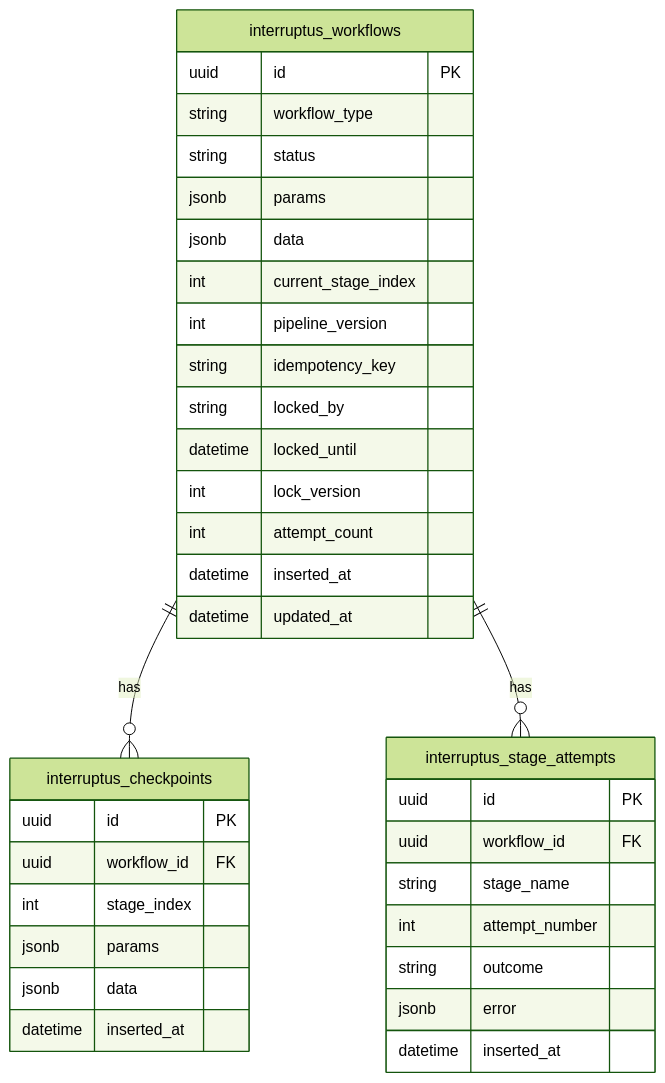
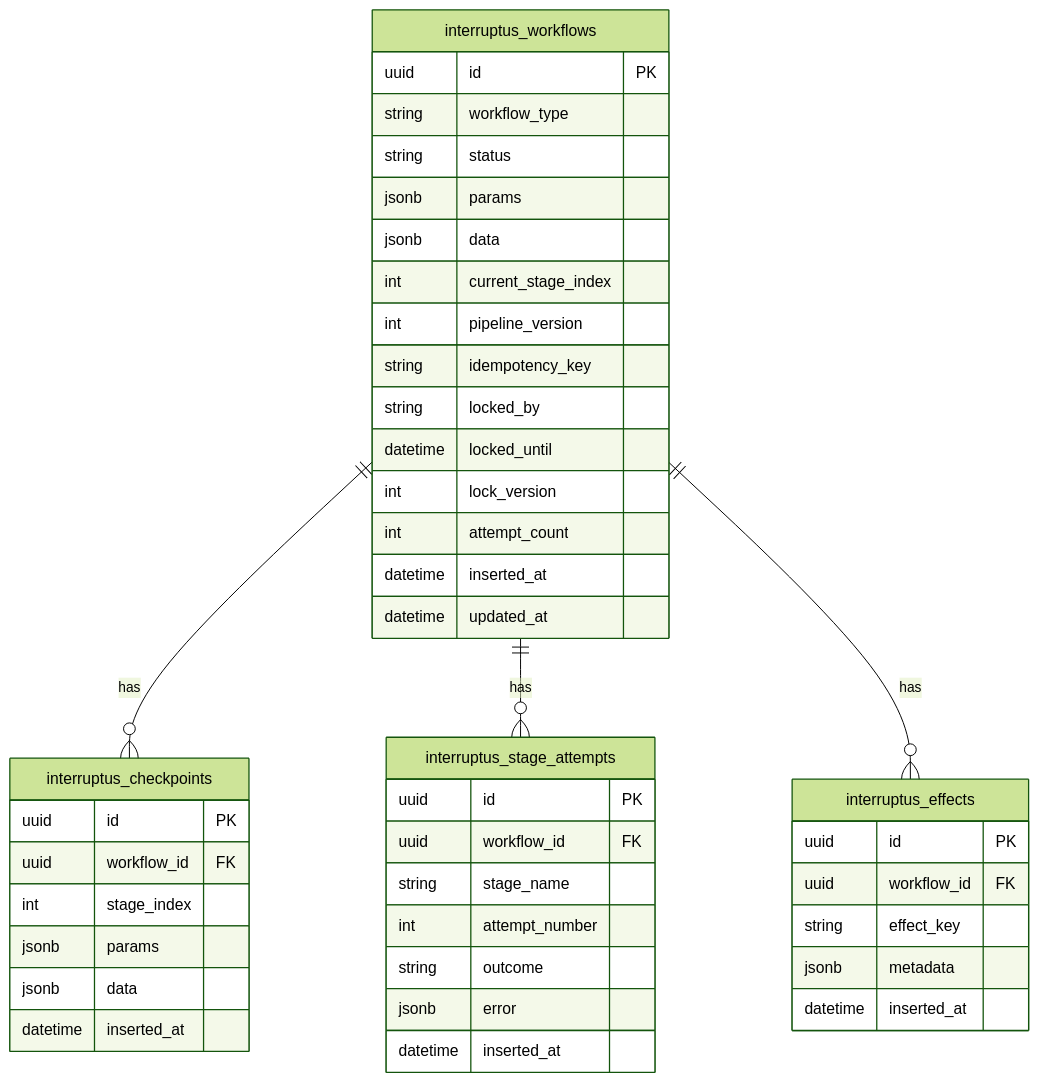
One commit to jcomellas/interruptus changed the second of 2 diagrams in DESIGN.md. Above: the diagram before and after it, drawn with Mermaid (forest theme). The commit also changed other lines of this file and 18 other files, not shown here.

````diff
--- a/DESIGN.md
+++ b/DESIGN.md
@@ -118,41 +118,50 @@
 ```mermaid
 erDiagram
   interruptus_workflows ||--o{ interruptus_checkpoints : has
   interruptus_workflows ||--o{ interruptus_stage_attempts : has
+  interruptus_workflows ||--o{ interruptus_effects : has
 
   interruptus_workflows {
     uuid id PK
     string workflow_type
     string status
     jsonb params
     jsonb data
     int current_stage_index
     int pipeline_version
     string idempotency_key
     string locked_by
     datetime locked_until
     int lock_version
     int attempt_count
     datetime inserted_at
     datetime updated_at
   }
 
   interruptus_checkpoints {
     uuid id PK
     uuid workflow_id FK
     int stage_index
     jsonb params
     jsonb data
     datetime inserted_at
   }
 
   interruptus_stage_attempts {
     uuid id PK
     uuid workflow_id FK
     string stage_name
     int attempt_number
     string outcome
     jsonb error
     datetime inserted_at
   }
+
+  interruptus_effects {
+    uuid id PK
+    uuid workflow_id FK
+    string effect_key
+    jsonb metadata
+    datetime inserted_at
+  }
 ```
````
